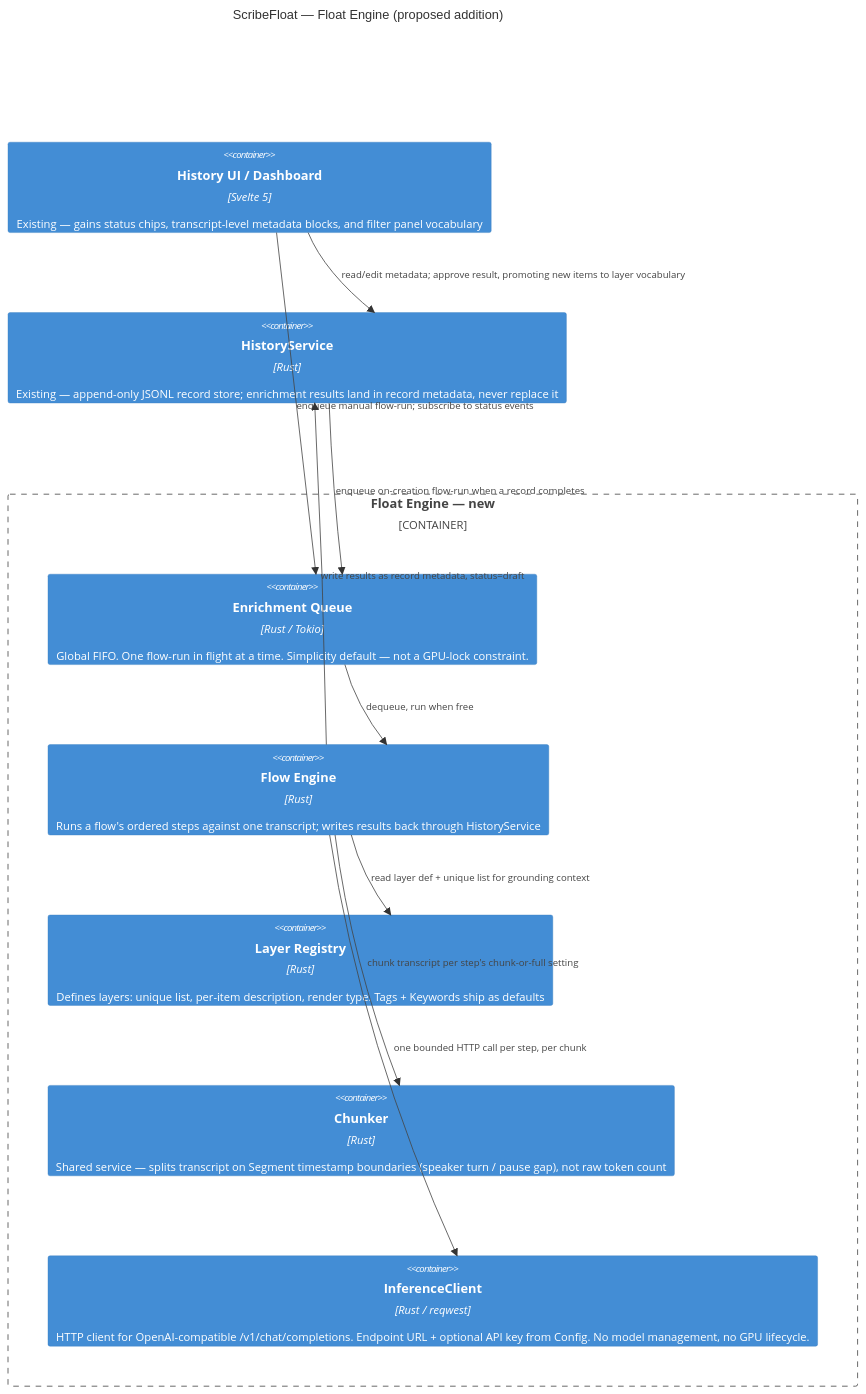
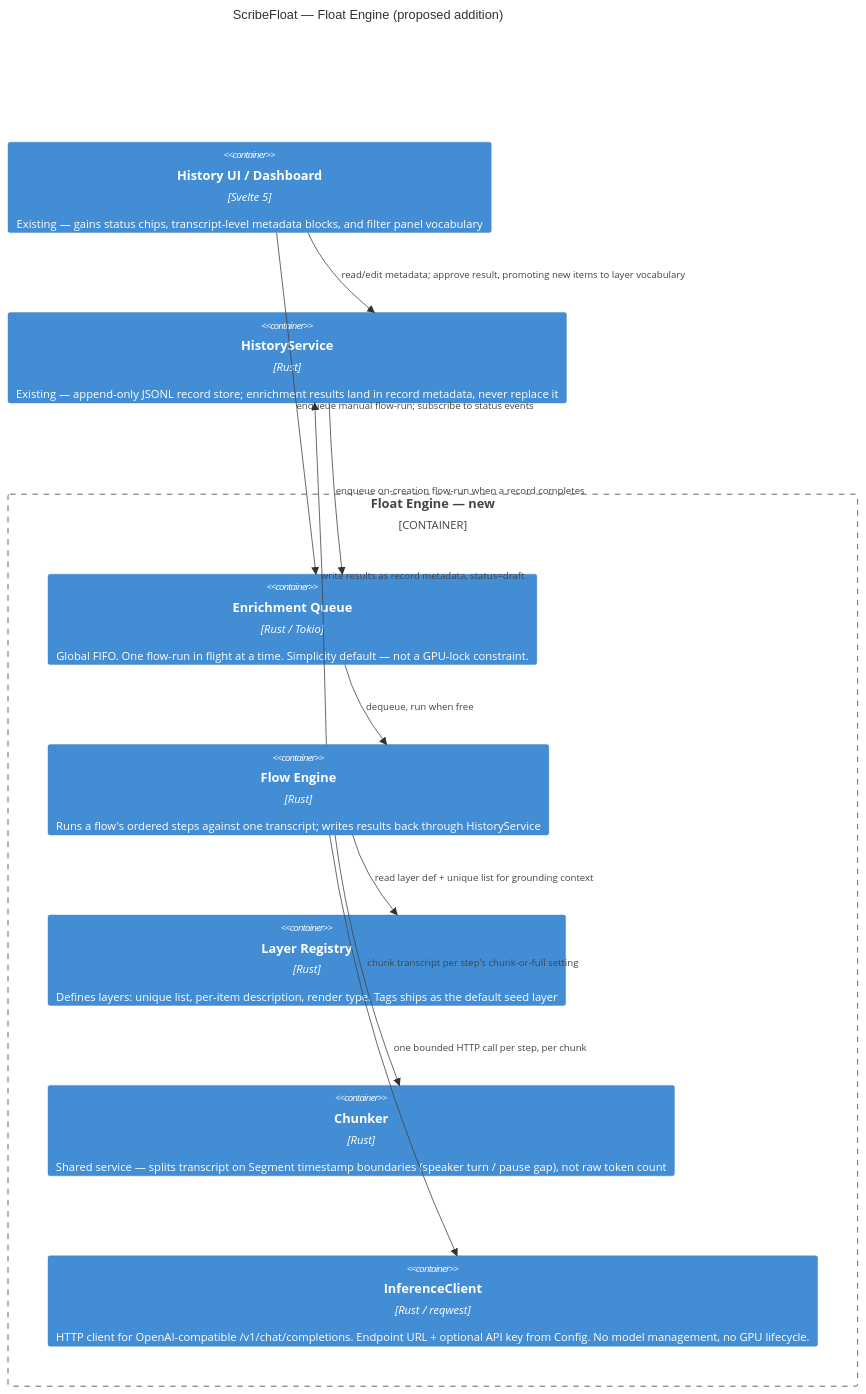
Before and after one commit to Lenniott/scribeFloat: the sixth of 6 diagrams in docs/explorations/active/design-brain-prd.md, drawn with Mermaid. The commit also changed other lines of this file and 8 other files, not shown here.

First line of the commit message:
docs: remove Keywords; Tags is the single vocabulary concept (ADR-0011)

````diff
--- a/docs/explorations/active/design-brain-prd.md
+++ b/docs/explorations/active/design-brain-prd.md
@@ -220,24 +219,24 @@
 ```mermaid
 C4Container
     title ScribeFloat — Float Engine (proposed addition)
 
     Container(history_ui, "History UI / Dashboard", "Svelte 5", "Existing — gains status chips, transcript-level metadata blocks, and filter panel vocabulary")
     Container(svc_history, "HistoryService", "Rust", "Existing — append-only JSONL record store; enrichment results land in record metadata, never replace it")
 
     Container_Boundary(brain, "Float Engine — new") {
         Container(queue, "Enrichment Queue", "Rust / Tokio", "Global FIFO. One flow-run in flight at a time. Simplicity default — not a GPU-lock constraint.")
         Container(flow_engine, "Flow Engine", "Rust", "Runs a flow's ordered steps against one transcript; writes results back through HistoryService")
-        Container(layer_registry, "Layer Registry", "Rust", "Defines layers: unique list, per-item description, render type. Tags + Keywords ship as defaults")
+        Container(layer_registry, "Layer Registry", "Rust", "Defines layers: unique list, per-item description, render type. Tags ships as the default seed layer")
         Container(chunker, "Chunker", "Rust", "Shared service — splits transcript on Segment timestamp boundaries (speaker turn / pause gap), not raw token count")
         Container(inference_client, "InferenceClient", "Rust / reqwest", "HTTP client for OpenAI-compatible /v1/chat/completions. Endpoint URL + optional API key from Config. No model management, no GPU lifecycle.")
     }
 
     Rel(history_ui, queue, "enqueue manual flow-run; subscribe to status events")
     Rel(svc_history, queue, "enqueue on-creation flow-run when a record completes")
     Rel(queue, flow_engine, "dequeue, run when free")
     Rel(flow_engine, chunker, "chunk transcript per step's chunk-or-full setting")
     Rel(flow_engine, layer_registry, "read layer def + unique list for grounding context")
     Rel(flow_engine, inference_client, "one bounded HTTP call per step, per chunk")
     Rel(flow_engine, svc_history, "write results as record metadata, status=draft")
     Rel(history_ui, svc_history, "read/edit metadata; approve result, promoting new items to layer vocabulary")
 ```
````
